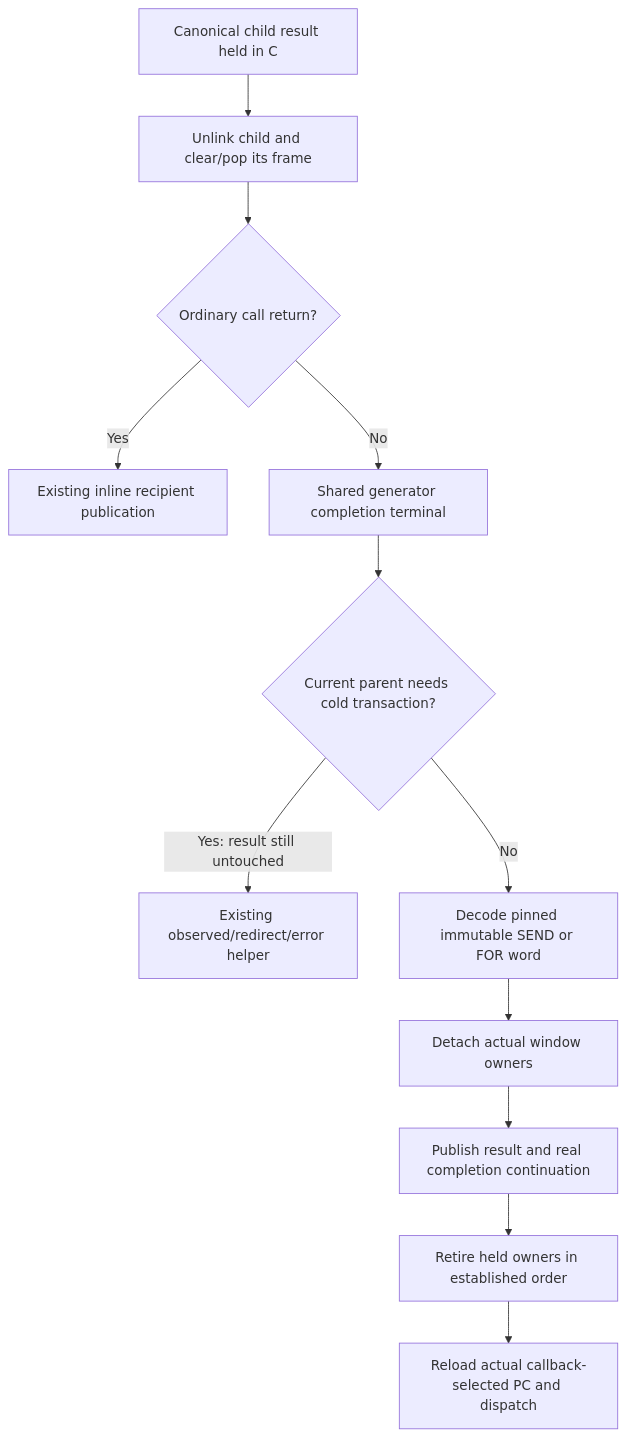
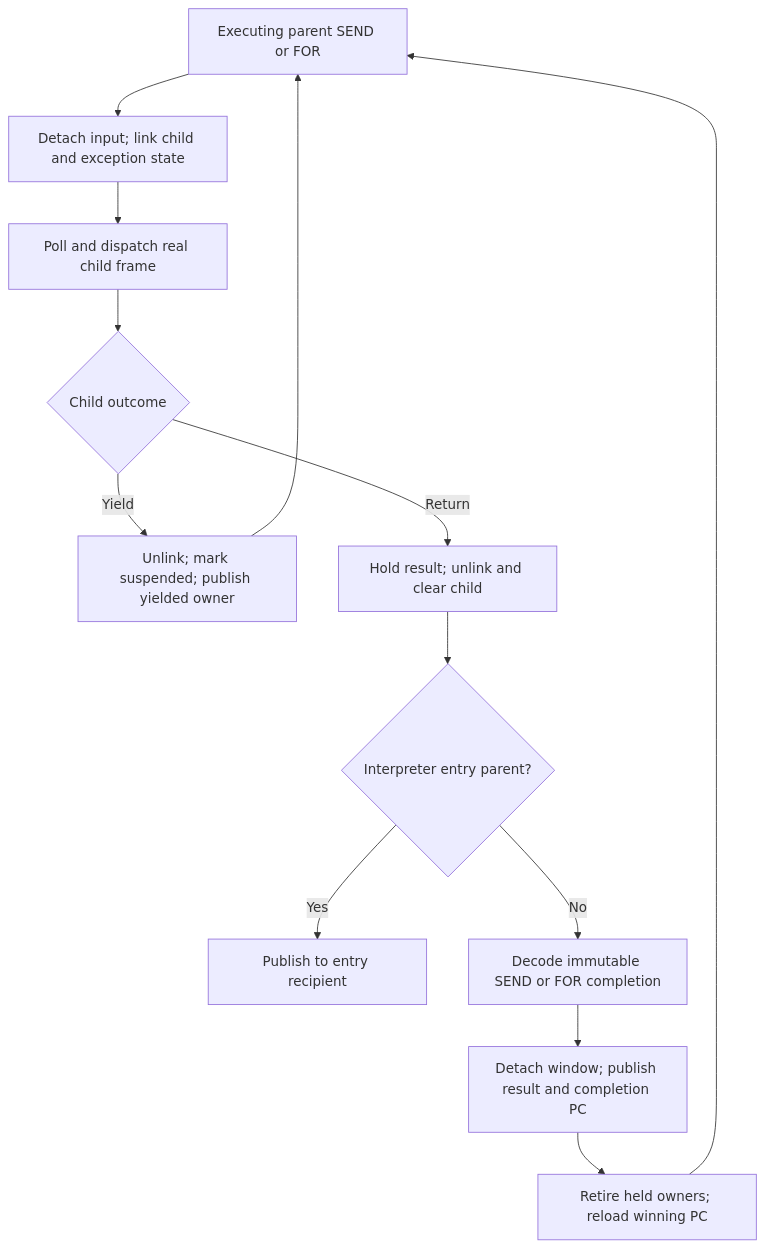
Before and after one commit to rjpower/cpython: the third of 3 diagrams in pyjit/design/activation-transfers.md, drawn with Mermaid. The commit also changed other lines of this file and 30 other files, not shown here.

Commit message:
Close activation experiments and document remaining interpreter gaps

````diff
--- a/pyjit/design/activation-transfers.md
+++ b/pyjit/design/activation-transfers.md
@@ -90,14 +97,15 @@
 ```mermaid
 flowchart TD
-    result[Canonical child result held in C] --> retire[Unlink child and clear/pop its frame]
-    retire --> ordinary{Ordinary call return?}
-    ordinary -->|Yes| recipient[Existing inline recipient publication]
-    ordinary -->|No| terminal[Shared generator completion terminal]
-    terminal --> observe{Current parent needs cold transaction?}
-    observe -->|Yes: result still untouched| cold[Existing observed/redirect/error helper]
-    observe -->|No| decode[Decode pinned immutable SEND or FOR word]
-    decode --> detach[Detach actual window owners]
-    detach --> commit[Publish result and real completion continuation]
-    commit --> close[Retire held owners in established order]
-    close --> reload[Reload actual callback-selected PC and dispatch]
+    parent[Executing parent SEND or FOR] --> link[Detach input; link child and exception state]
+    link --> child[Poll and dispatch real child frame]
+    child --> outcome{Child outcome}
+    outcome -->|Yield| suspend[Unlink; mark suspended; publish yielded owner]
+    outcome -->|Return| cleanup[Hold result; unlink and clear child]
+    cleanup --> entry{Interpreter entry parent?}
+    entry -->|Yes| direct[Publish to entry recipient]
+    entry -->|No| complete[Decode immutable SEND or FOR completion]
+    complete --> commit[Detach window; publish result and completion PC]
+    commit --> retire[Retire held owners; reload winning PC]
+    suspend --> parent
+    retire --> parent
 ```
````
